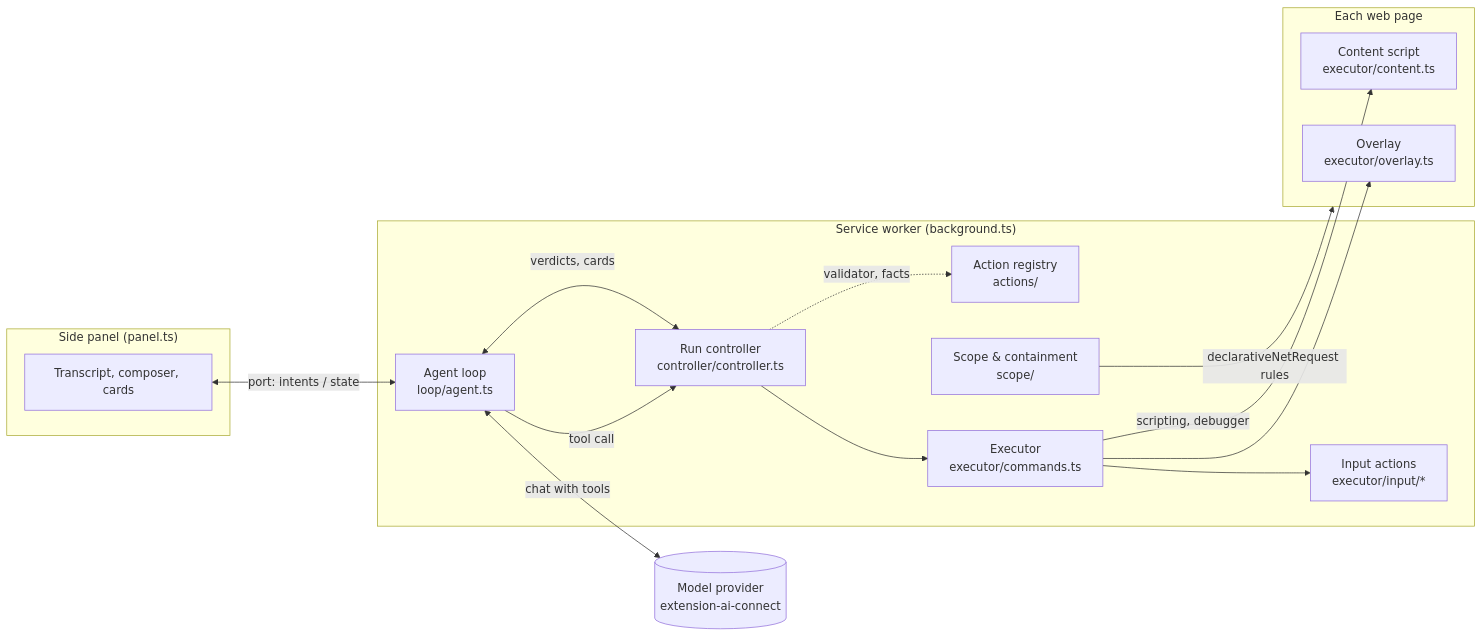
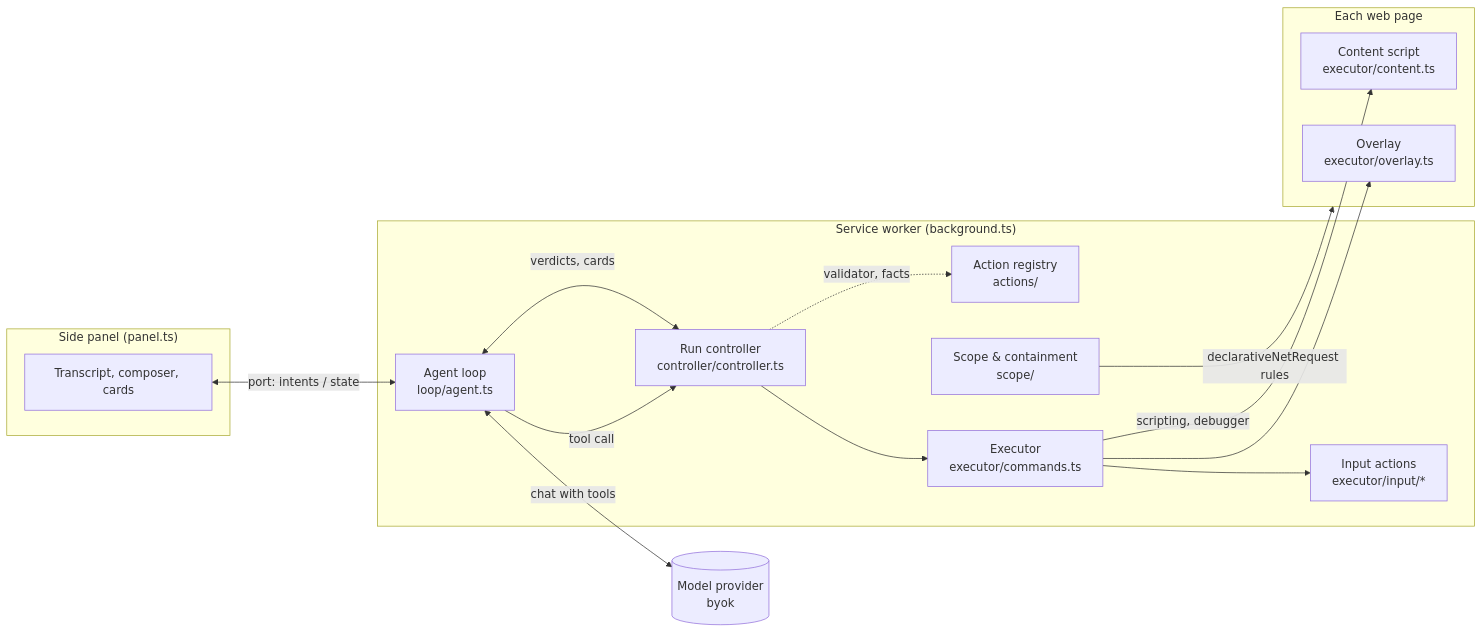
Before and after one commit to amenophis1er/Valet: the diagram in docs/architecture.md, drawn with Mermaid. The commit also changed 19 other files, not shown here.

````diff
--- a/docs/architecture.md
+++ b/docs/architecture.md
@@ -10,30 +10,30 @@
 ```mermaid
 flowchart LR
   subgraph Panel["Side panel (panel.ts)"]
     UI[Transcript, composer, cards]
   end
   subgraph Worker["Service worker (background.ts)"]
     Loop[Agent loop<br/>loop/agent.ts]
     Ctl[Run controller<br/>controller/controller.ts]
     Act[Action registry<br/>actions/]
     Exe[Executor<br/>executor/commands.ts]
     In[Input actions<br/>executor/input/*]
     Scope[Scope & containment<br/>scope/]
   end
   subgraph Page["Each web page"]
     CS[Content script<br/>executor/content.ts]
     Ov[Overlay<br/>executor/overlay.ts]
   end
-  Model[(Model provider<br/>extension-ai-connect)]
+  Model[(Model provider<br/>byok)]
 
   UI <-->|port: intents / state| Loop
   Loop <-->|chat with tools| Model
   Loop -->|tool call| Ctl
   Ctl -.->|validator, facts| Act
   Ctl --> Exe
   Exe --> In
   Exe -->|scripting, debugger| CS
   Exe --> Ov
   Ctl <-->|verdicts, cards| Loop
   Scope -->|declarativeNetRequest rules| Page
 ```
````
